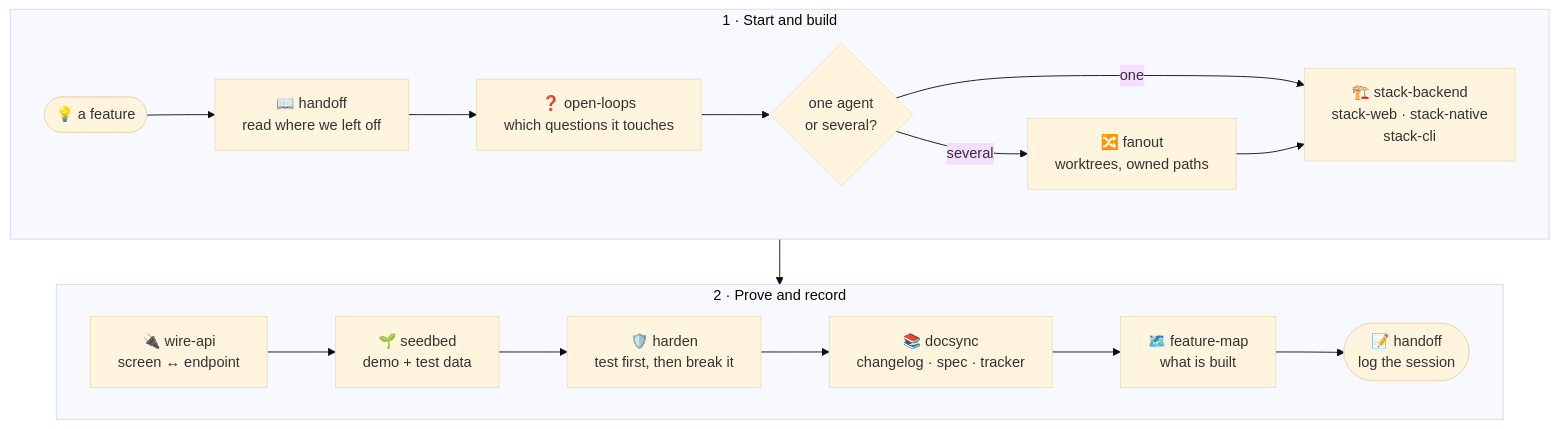
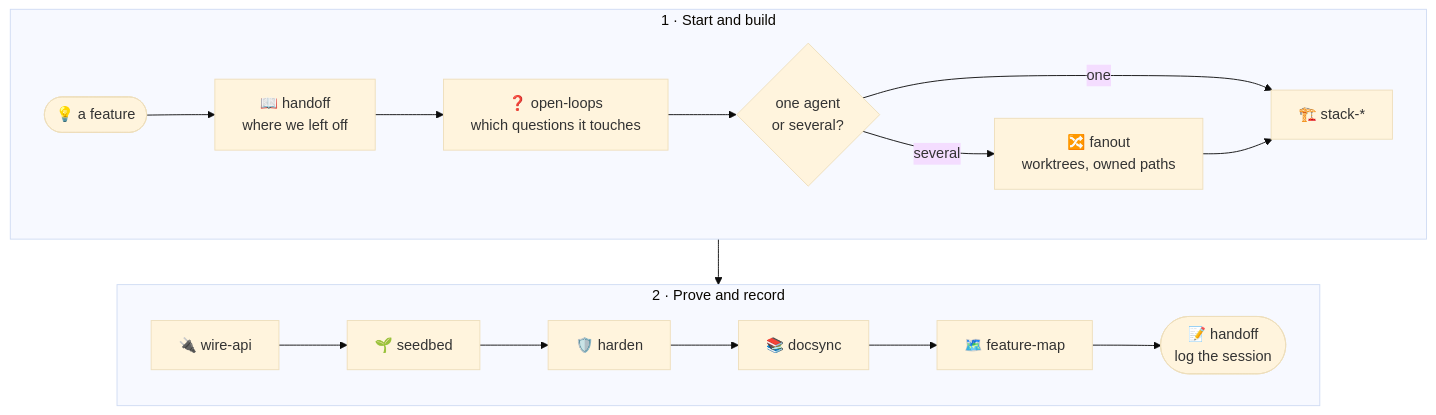
The third of 5 diagrams in README.md (kshanxs/shipkit), drawn with Mermaid (base theme) before and after one commit. The commit also changed other lines of this file, not shown here.

First line of the commit message:
docs: rewrite the README around the build, test, document and learn loop (#49)

````diff
--- a/README.md
+++ b/README.md
@@ -196,21 +183,21 @@
 ```mermaid
 flowchart TB
     subgraph plan["1 · Start and build"]
         direction LR
-        start(["💡 a feature"]) --> handoffr["📖 handoff<br/>read where we left off"]
+        start(["💡 a feature"]) --> handoffr["📖 handoff<br/>where we left off"]
         handoffr --> loops1["❓ open-loops<br/>which questions it touches"]
         loops1 --> buildc{"one agent<br/>or several?"}
-        buildc -- one --> stack["🏗️ stack-backend<br/>stack-web · stack-native<br/>stack-cli"]
+        buildc -- one --> stack["🏗️ stack-*"]
         buildc -- several --> fanout["🔀 fanout<br/>worktrees, owned paths"]
         fanout --> stack
     end
     subgraph prove["2 · Prove and record"]
         direction LR
-        wire["🔌 wire-api<br/>screen ↔ endpoint"] --> seed["🌱 seedbed<br/>demo + test data"]
-        seed --> harden["🛡️ harden<br/>test first, then break it"]
-        harden --> docs["📚 docsync<br/>changelog · spec · tracker"]
-        docs --> fmap["🗺️ feature-map<br/>what is built"]
+        wire["🔌 wire-api"] --> seed["🌱 seedbed"]
+        seed --> harden["🛡️ harden"]
+        harden --> docs["📚 docsync"]
+        docs --> fmap["🗺️ feature-map"]
         fmap --> handoffw(["📝 handoff<br/>log the session"])
     end
     plan --> prove
 ```
````
